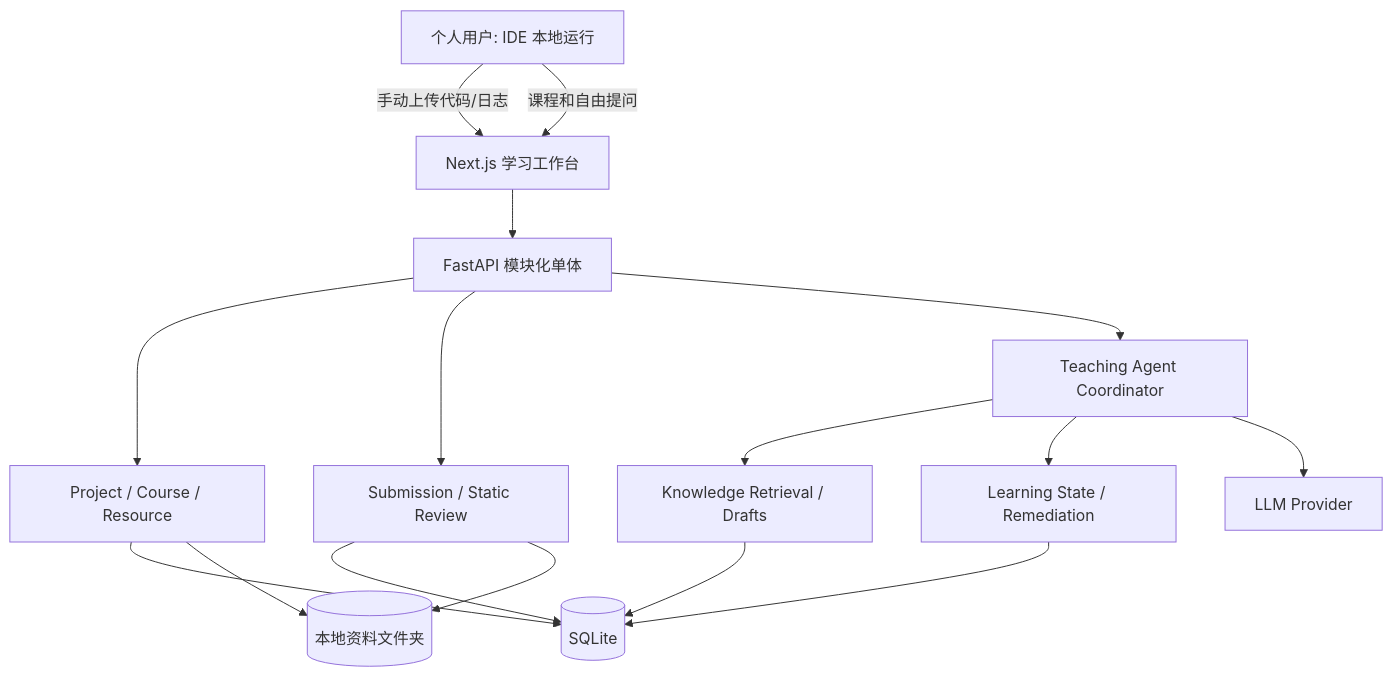
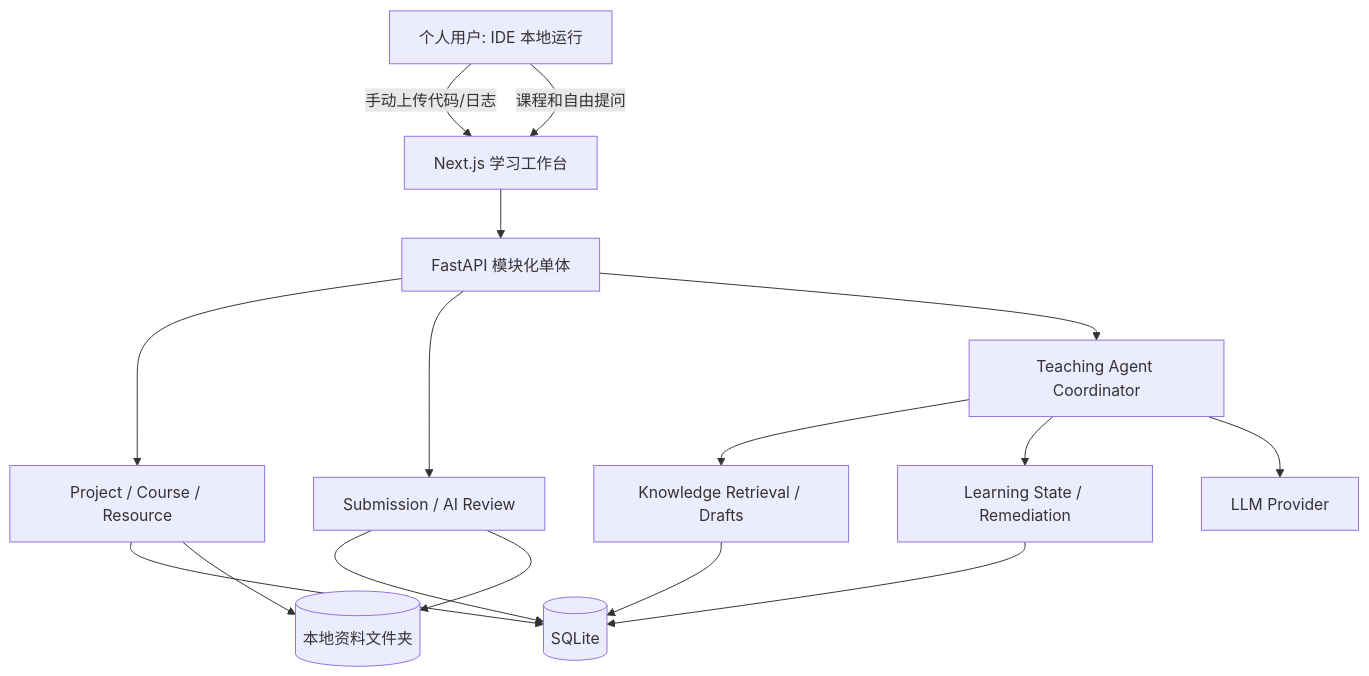
Before and after one commit to xiaoguo1224/AILearning: the diagram in docs/ARCHITECTURE.md, drawn with Mermaid. The commit also changed other lines of this file and 6 other files, not shown here.

````diff
--- a/docs/ARCHITECTURE.md
+++ b/docs/ARCHITECTURE.md
@@ -29,18 +29,18 @@
 ```mermaid
 flowchart TD
   U[个人用户: IDE 本地运行] -->|手动上传代码/日志| W[Next.js 学习工作台]
   U -->|课程和自由提问| W
   W --> A[FastAPI 模块化单体]
   A --> P[Project / Course / Resource]
-  A --> S[Submission / Static Review]
+  A --> S[Submission / AI Review]
   A --> T[Teaching Agent Coordinator]
   T --> K[Knowledge Retrieval / Drafts]
   T --> L[Learning State / Remediation]
   P --> DB[(SQLite)]
   S --> DB
   K --> DB
   L --> DB
   P --> FS[(本地资料文件夹)]
   S --> FS
   T --> M[LLM Provider]
 ```
````
